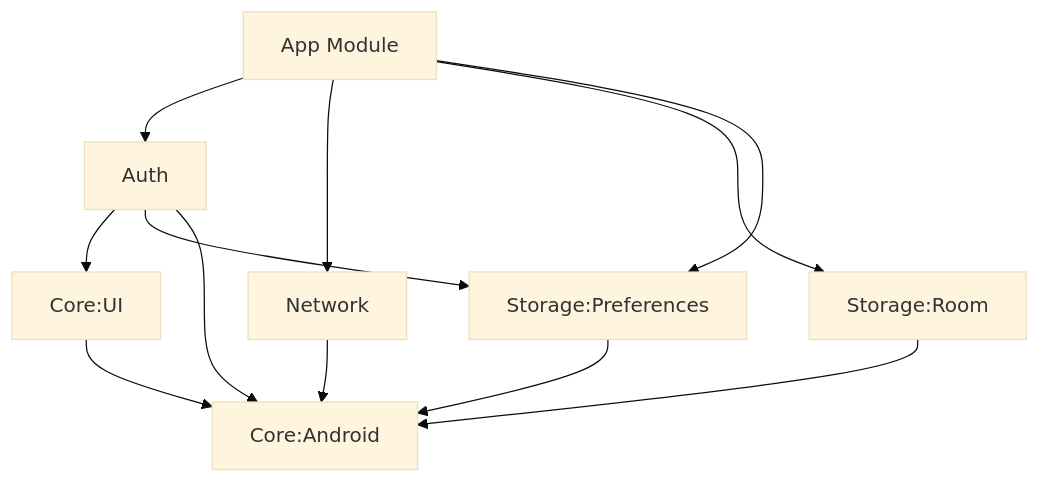
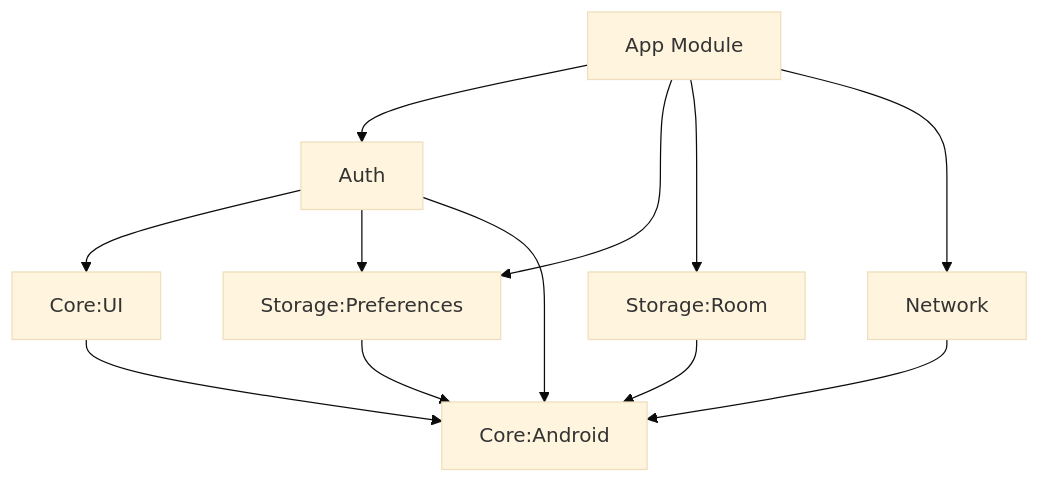
Before and after one commit to Abdullah-Khan-Sherwani/Patient-Tracker-App: the diagram in README.md, drawn with Mermaid (base theme). The commit also changed 1 other file, not shown here.

Commit message:
Add support for mermaid in doc

````diff
--- a/README.md
+++ b/README.md
@@ -69,14 +69,14 @@
 ```mermaid
 graph TD
     A[App Module] --> B[Auth]
-    A --> C[Network]
+    A --> C[Storage:Preferences]
     A --> D[Storage:Room]
-    A --> E[Storage:Preferences]
+    A --> E[Network]
     B --> F[Core:UI]
-    B --> E
+    B --> C
     B --> G[Core:Android]
     C --> G
     D --> G
     E --> G
     F --> G
 ```
````
